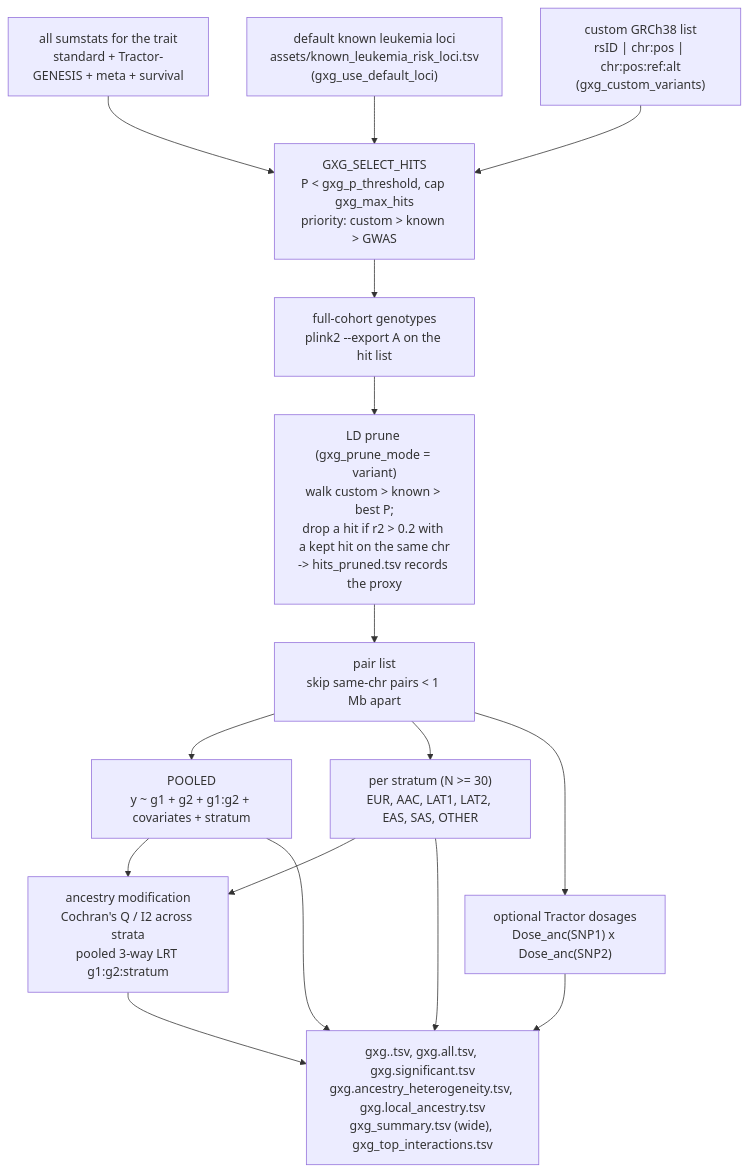
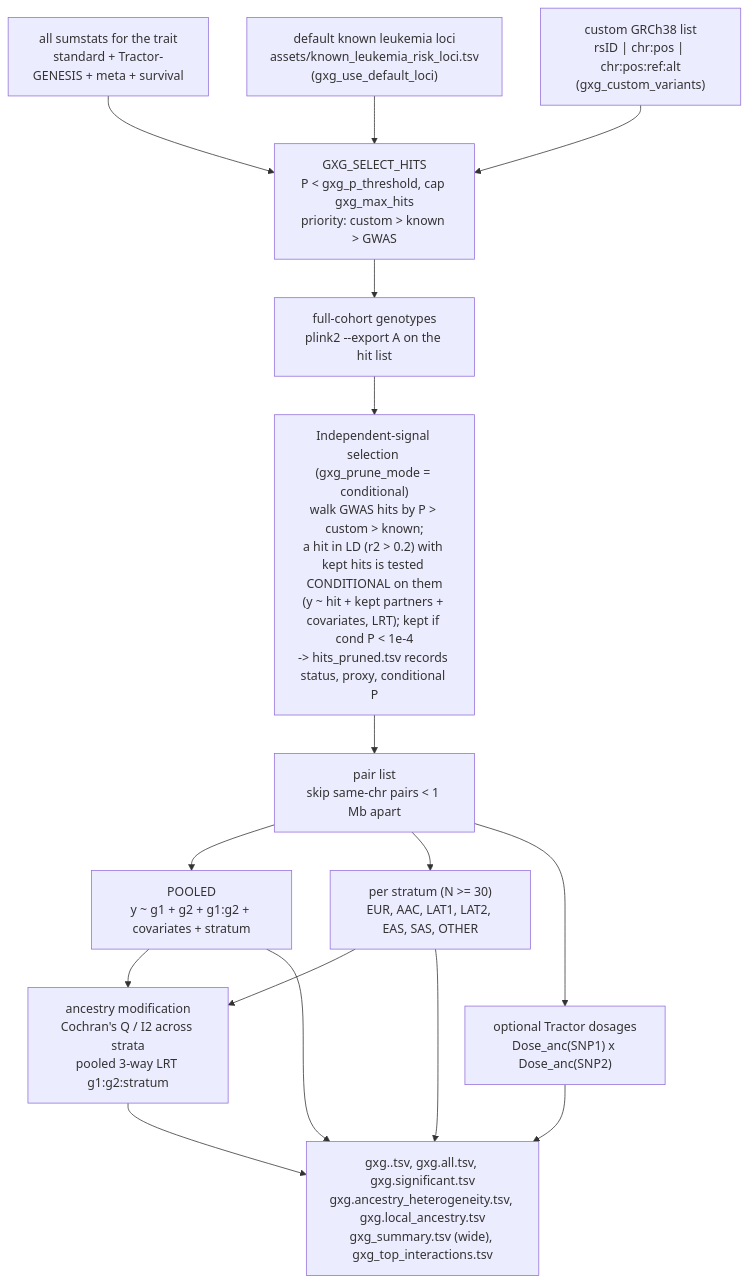
Before and after one commit to chrisrob3312/Nextflow_GWAS_pipeline: the third of 4 diagrams in docs/WORKFLOW.md, drawn with Mermaid. The commit also changed other lines of this file and 9 other files, not shown here.

````diff
--- a/docs/WORKFLOW.md
+++ b/docs/WORKFLOW.md
@@ -112,28 +112,28 @@
 ```mermaid
 flowchart TD
     S["all sumstats for the trait<br/>standard + Tractor-GENESIS + meta + survival"]
     KL["default known leukemia loci<br/>assets/known_leukemia_risk_loci.tsv<br/>(gxg_use_default_loci)"]
     CV["custom GRCh38 list<br/>rsID | chr:pos | chr:pos:ref:alt<br/>(gxg_custom_variants)"]
     SEL["GXG_SELECT_HITS<br/>P < gxg_p_threshold, cap gxg_max_hits<br/>priority: custom > known > GWAS"]
     G["full-cohort genotypes<br/>plink2 --export A on the hit list"]
-    PR["LD prune (gxg_prune_mode = variant)<br/>walk custom > known > best P;<br/>drop a hit if r2 > 0.2 with a kept hit on the same chr<br/>-> hits_pruned.tsv records the proxy"]
+    PR["Independent-signal selection (gxg_prune_mode = conditional)<br/>walk GWAS hits by P > custom > known;<br/>a hit in LD (r2 > 0.2) with kept hits is tested CONDITIONAL on them<br/>(y ~ hit + kept partners + covariates, LRT); kept if cond P < 1e-4<br/>-> hits_pruned.tsv records status, proxy, conditional P"]
     PAIRS["pair list<br/>skip same-chr pairs < 1 Mb apart"]
     T0["POOLED<br/>y ~ g1 + g2 + g1:g2 + covariates + stratum"]
     T1["per stratum (N >= 30)<br/>EUR, AAC, LAT1, LAT2, EAS, SAS, OTHER"]
     HET["ancestry modification<br/>Cochran's Q / I2 across strata<br/>pooled 3-way LRT g1:g2:stratum"]
     LA["optional Tractor dosages<br/>Dose_anc(SNP1) x Dose_anc(SNP2)"]
     OUT["gxg.<stratum>.tsv, gxg.all.tsv, gxg.significant.tsv<br/>gxg.ancestry_heterogeneity.tsv, gxg.local_ancestry.tsv<br/>gxg_summary.tsv (wide), gxg_top_interactions.tsv"]
     S --> SEL
     KL --> SEL
     CV --> SEL
     SEL --> G --> PR --> PAIRS
     PAIRS --> T0
     PAIRS --> T1
     T1 --> HET
     T0 --> HET
     PAIRS --> LA
     T0 --> OUT
     T1 --> OUT
     HET --> OUT
     LA --> OUT
 ```
````
